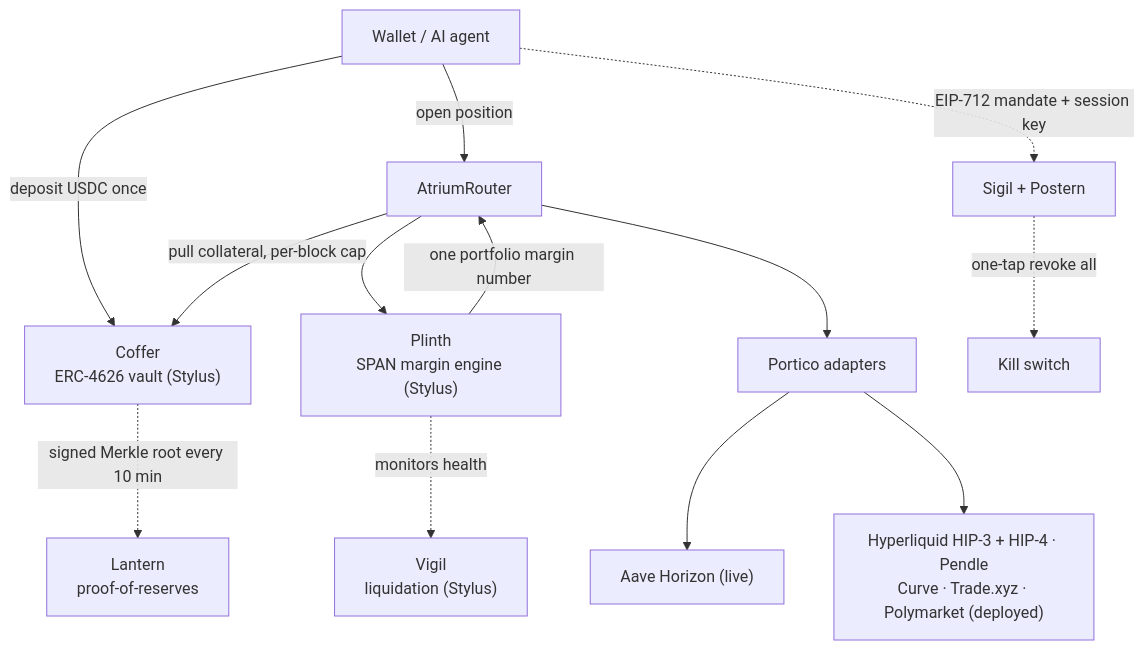
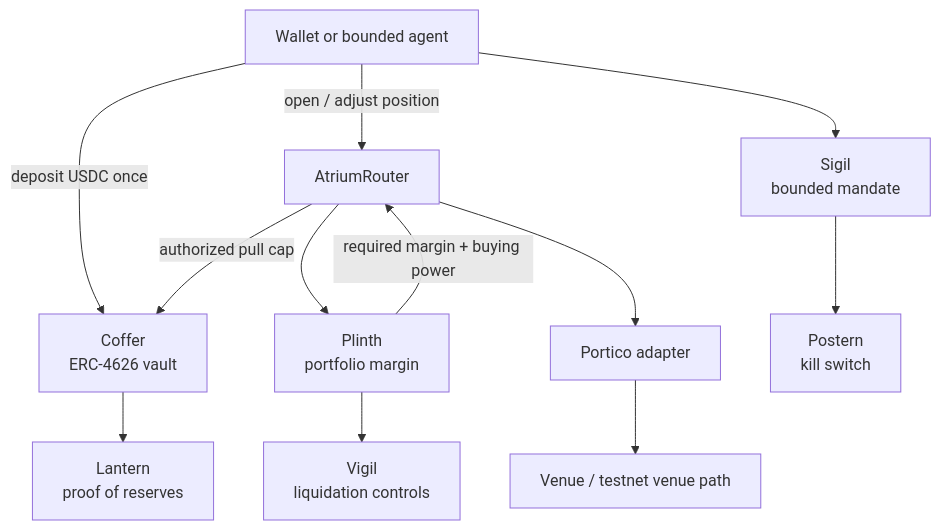
The diagram in README.md (Pratiikpy/atrium), drawn with Mermaid before and after one commit. The commit also changed other lines of this file and 9 other files, not shown here.

````diff
--- a/README.md
+++ b/README.md
@@ -47,16 +119,15 @@
 ```mermaid
 flowchart TD
-    U["Wallet / AI agent"]
-    U -->|"deposit USDC once"| C["Coffer<br/>ERC-4626 vault (Stylus)"]
-    U -->|"open position"| R["AtriumRouter"]
-    R --> P["Plinth<br/>SPAN margin engine (Stylus)"]
-    P -->|"one portfolio margin number"| R
-    R -->|"pull collateral, per-block cap"| C
-    R --> A["Portico adapters"]
-    A --> V1["Aave Horizon (live)"]
-    A --> V2["Hyperliquid HIP-3 + HIP-4 · Pendle<br/>Curve · Trade.xyz · Polymarket (deployed)"]
-    P -.->|"monitors health"| VG["Vigil<br/>liquidation (Stylus)"]
-    C -.->|"signed Merkle root every 10 min"| L["Lantern<br/>proof-of-reserves"]
-    U -.->|"EIP-712 mandate + session key"| S["Sigil + Postern"]
-    S -.->|"one-tap revoke all"| K["Kill switch"]
+    U["Wallet or bounded agent"]
+    U -->|"deposit USDC once"| C["Coffer<br/>ERC-4626 vault"]
+    U -->|"open / adjust position"| R["AtriumRouter"]
+    R --> P["Plinth<br/>portfolio margin"]
+    P -->|"required margin + buying power"| R
+    R -->|"authorized pull cap"| C
+    R --> A["Portico adapter"]
+    A --> V["Venue / testnet venue path"]
+    C --> L["Lantern<br/>proof of reserves"]
+    U --> S["Sigil<br/>bounded mandate"]
+    S --> K["Postern<br/>kill switch"]
+    P --> Q["Vigil<br/>liquidation controls"]
 ```
````
